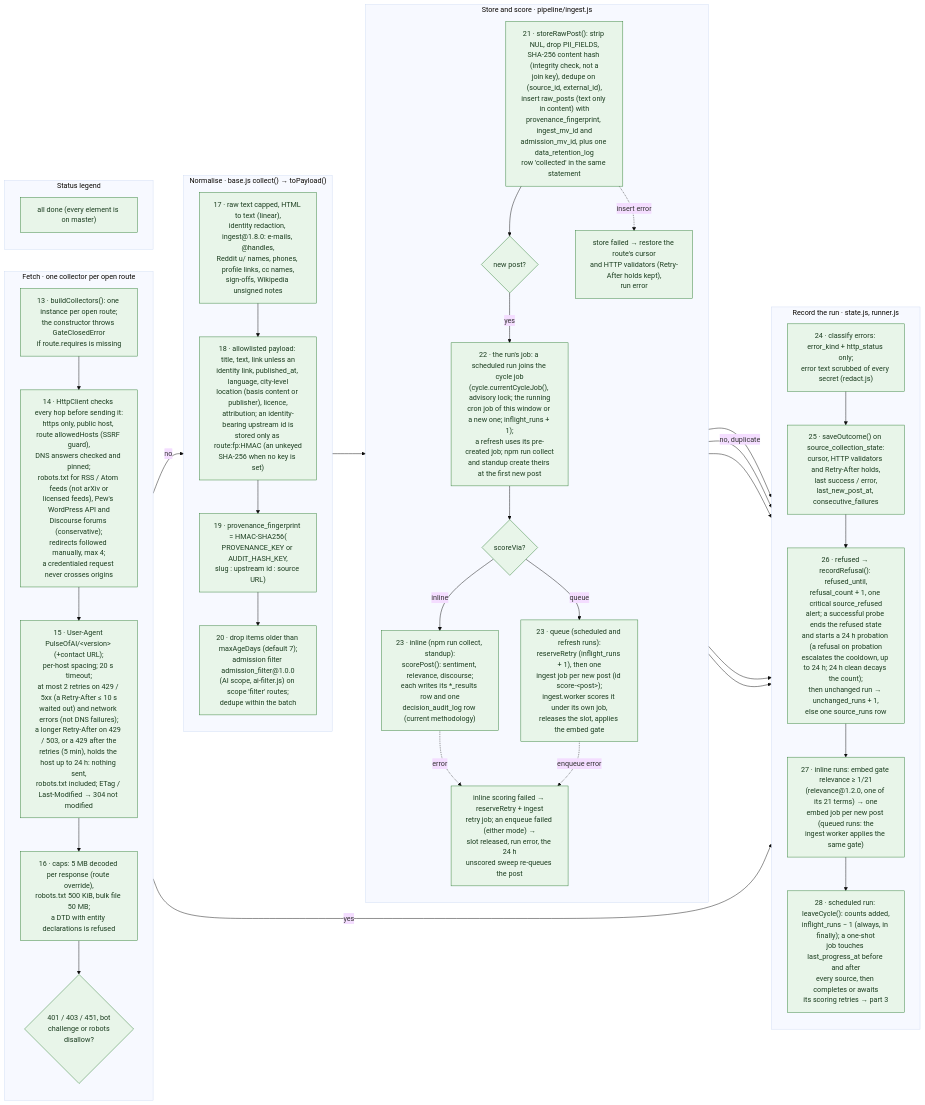
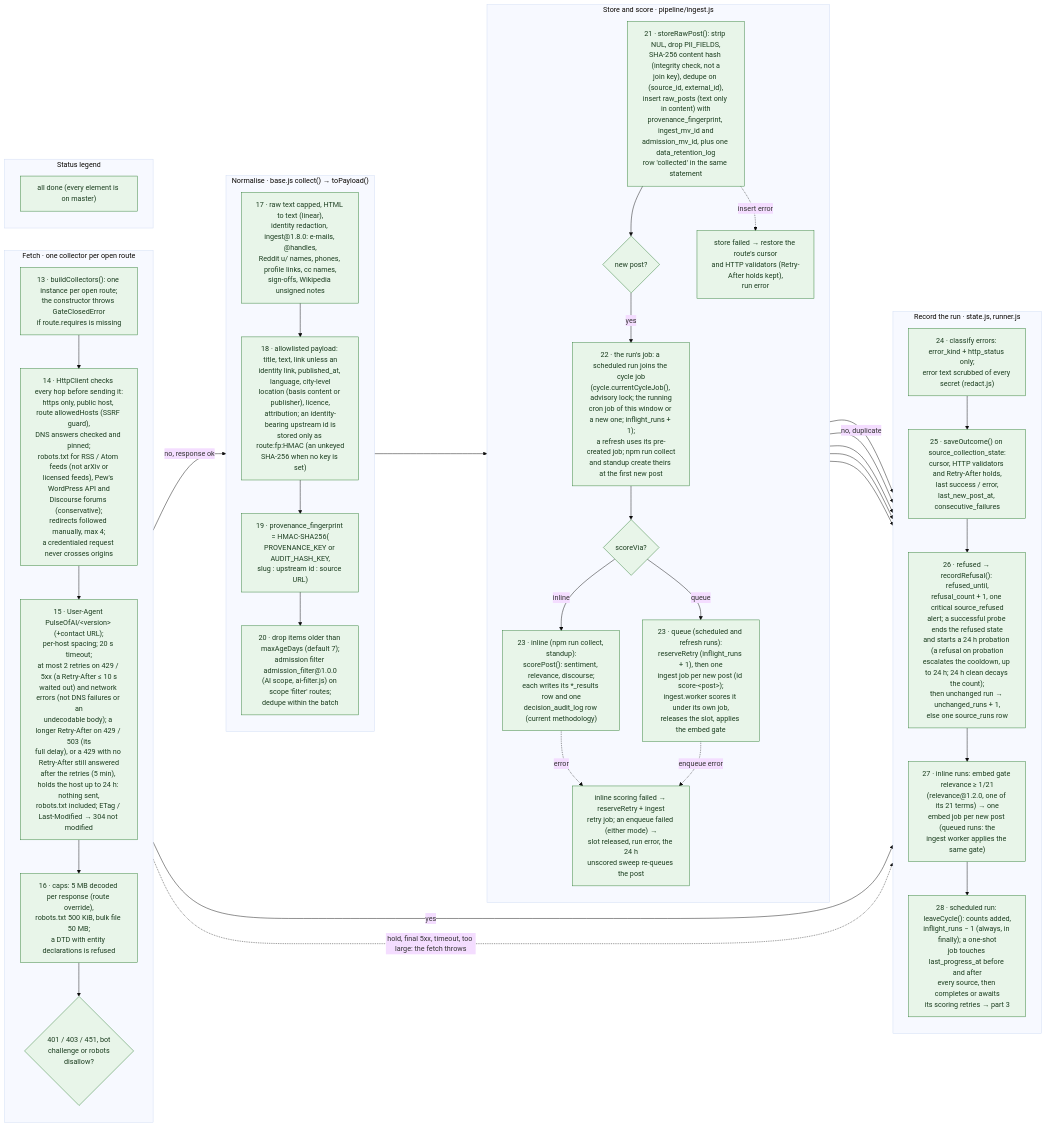
The diagram in docs/diagrams/flows/collection-2-fetch-store-score.mmd (jennifer-mckinney/pulse-of-ai), drawn with Mermaid (base theme) before and after one commit. The commit also changed 35 other files, not shown here.

First line of the commit message:
Docs: fix diagram audit, security and review findings for PR 40

```diff
--- a/docs/diagrams/flows/collection-2-fetch-store-score.mmd
+++ b/docs/diagrams/flows/collection-2-fetch-store-score.mmd
@@ -1,67 +1,68 @@
 %% Title: Collection cycle · part 2 of 3 · fetch, normalise, store, score
 %% Summary: What one open route of a claimed source does: the guarded HTTP fetch, normalisation with redaction, the admission filter and the provenance fingerprint, storage with the ingest and admission versions, scoring (ingest queue for scheduled and refresh runs, inline for npm run collect and standup) with audit rows, and the run record.
 %% Sources: src/collectors/{index,base,http,netguard,transport,robots,normalize,identity,provenance,errors,redact,state,refusal,cycle,runner,ai-filter}.js, src/workers/{collect,ingest}.worker.js, src/pipeline/{ingest,sentiment,relevance,discourse,methodology}.js, src/config/methodology-registry.js; migrations 022, 031, 040, 042, 062. Spec: TECHNICAL_SPEC.md section 8 (PII handling, provenance); ADR 0001 (terms and politeness, D2); PR #22 decision G6.
 flowchart LR
 
   subgraph FETCH["Fetch · one collector per open route"]
     direction TB
     F1["13 · buildCollectors(): one instance per open route;<br/>the constructor throws GateClosedError<br/>if route.requires is missing"]:::done
     F2["14 · HttpClient checks every hop before sending it:<br/>https only, public host, route allowedHosts (SSRF guard),<br/>DNS answers checked and pinned;<br/>robots.txt for RSS / Atom feeds (not arXiv or<br/>licensed feeds), Pew's WordPress API and<br/>Discourse forums (conservative);<br/>redirects followed manually, max 4;<br/>a credentialed request never crosses origins"]:::done
-    F3["15 · User-Agent PulseOfAI/#lt;version#gt; (+contact URL);<br/>per-host spacing; 20 s timeout;<br/>at most 2 retries on 429 / 5xx (a Retry-After ≤ 10 s<br/>waited out) and network errors (not DNS failures);<br/>a longer Retry-After on 429 / 503, or a 429 after the<br/>retries (5 min), holds the host up to 24 h: nothing sent,<br/>robots.txt included; ETag / Last-Modified → 304 not modified"]:::done
+    F3["15 · User-Agent PulseOfAI/#lt;version#gt; (+contact URL);<br/>per-host spacing; 20 s timeout;<br/>at most 2 retries on 429 / 5xx (a Retry-After ≤ 10 s<br/>waited out) and network errors (not DNS failures or an<br/>undecodable body); a longer Retry-After on 429 / 503 (its<br/>full delay), or a 429 with no Retry-After still answered<br/>after the retries (5 min), holds the host up to 24 h: nothing sent,<br/>robots.txt included; ETag / Last-Modified → 304 not modified"]:::done
     F4["16 · caps: 5 MB decoded per response (route override),<br/>robots.txt 500 KiB, bulk file 50 MB;<br/>a DTD with entity declarations is refused"]:::done
     F5{"401 / 403 / 451, bot<br/>challenge or robots<br/>disallow?"}:::done
     F1 --> F2 --> F3 --> F4 --> F5
   end
 
   subgraph NORM["Normalise · base.js collect() → toPayload()"]
     direction TB
     N1["17 · raw text capped, HTML to text (linear),<br/>identity redaction, ingest@1.8.0: e-mails, @handles,<br/>Reddit u/ names, phones, profile links, cc names,<br/>sign-offs, Wikipedia unsigned notes"]:::done
     N2["18 · allowlisted payload: title, text, link unless an<br/>identity link, published_at, language, city-level<br/>location (basis content or publisher), licence,<br/>attribution; an identity-bearing upstream id is<br/>stored only as route:fp:HMAC (an unkeyed<br/>SHA-256 when no key is set)"]:::done
     N3["19 · provenance_fingerprint = HMAC-SHA256(<br/>PROVENANCE_KEY or AUDIT_HASH_KEY,<br/>slug : upstream id : source URL)"]:::done
     N4["20 · drop items older than maxAgeDays (default 7);<br/>admission filter admission_filter@1.0.0<br/>(AI scope, ai-filter.js) on scope 'filter' routes;<br/>dedupe within the batch"]:::done
     N1 --> N2 --> N3 --> N4
   end
 
   subgraph STORE["Store and score · pipeline/ingest.js"]
     direction TB
     T1["21 · storeRawPost(): strip NUL, drop PII_FIELDS,<br/>SHA-256 content hash (integrity check, not a<br/>join key), dedupe on (source_id, external_id),<br/>insert raw_posts (text only in content) with<br/>provenance_fingerprint, ingest_mv_id and<br/>admission_mv_id, plus one data_retention_log<br/>row 'collected' in the same statement"]:::done
     T2{"new post?"}:::done
     T3["22 · the run's job: a scheduled run joins the cycle job<br/>(cycle.currentCycleJob(), advisory lock; the running<br/>cron job of this window or a new one; inflight_runs + 1);<br/>a refresh uses its pre-created job; npm run collect<br/>and standup create theirs at the first new post"]:::done
     T7{"scoreVia?"}:::done
     T4["23 · queue (scheduled and refresh runs):<br/>reserveRetry (inflight_runs + 1), then one<br/>ingest job per new post (id score-#lt;post#gt;);<br/>ingest.worker scores it under its own job,<br/>releases the slot, applies the embed gate"]:::done
     T8["23 · inline (npm run collect, standup):<br/>scorePost(): sentiment, relevance, discourse;<br/>each writes its *_results row and one<br/>decision_audit_log row (current methodology)"]:::done
     T5["inline scoring failed → reserveRetry + ingest<br/>retry job; an enqueue failed (either mode) →<br/>slot released, run error, the 24 h<br/>unscored sweep re-queues the post"]:::done
     T6["store failed → restore the route's cursor<br/>and HTTP validators (Retry-After holds kept),<br/>run error"]:::done
     T1 --> T2
     T2 -- yes --> T3 --> T7
     T7 -- queue --> T4
     T7 -- inline --> T8
   end
 
   subgraph RECORD["Record the run · state.js, runner.js"]
     direction TB
     V1["24 · classify errors: error_kind + http_status only;<br/>error text scrubbed of every secret (redact.js)"]:::done
     V2["25 · saveOutcome() on source_collection_state:<br/>cursor, HTTP validators and Retry-After holds,<br/>last success / error,<br/>last_new_post_at, consecutive_failures"]:::done
     V3["26 · refused → recordRefusal(): refused_until,<br/>refusal_count + 1, one critical source_refused<br/>alert; a successful probe ends the refused state<br/>and starts a 24 h probation (a refusal on probation<br/>escalates the cooldown, up to 24 h; 24 h clean decays the count);<br/>then unchanged run → unchanged_runs + 1,<br/>else one source_runs row"]:::done
     V4["27 · inline runs: embed gate relevance ≥ 1/21<br/>(relevance@1.2.0, one of its 21 terms) → one<br/>embed job per new post (queued runs: the<br/>ingest worker applies the same gate)"]:::done
     V5["28 · scheduled run: leaveCycle(): counts added,<br/>inflight_runs − 1 (always, in finally); a one-shot<br/>job touches last_progress_at before and after<br/>every source, then completes or awaits<br/>its scoring retries → part 3"]:::done
     V1 --> V2 --> V3 --> V4 --> V5
   end
 
   subgraph LEGEND["Status legend"]
     L1["all done (every element is on master)"]:::done
   end
 
   F5 -- yes --> V1
-  F5 -- no --> N1
+  F5 -- "no, response ok" --> N1
+  F3 -. "hold, final 5xx, timeout, too large: the fetch throws" .-> V1
   N4 --> T1
   T1 -. "insert error" .-> T6 --> V1
   T2 -- "no, duplicate" --> V1
   T8 -. "error" .-> T5
   T4 -. "enqueue error" .-> T5
   T5 --> V1
   T4 --> V1
   T8 --> V1
 
   classDef done fill:#e8f5e9,stroke:#2e7d32,color:#1b3d1f
   classDef planned fill:#f2f2f2,stroke:#8a8a8a,color:#4a4a4a,stroke-dasharray:2 3
```
